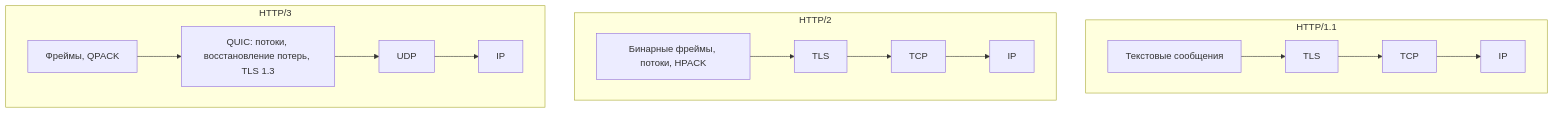
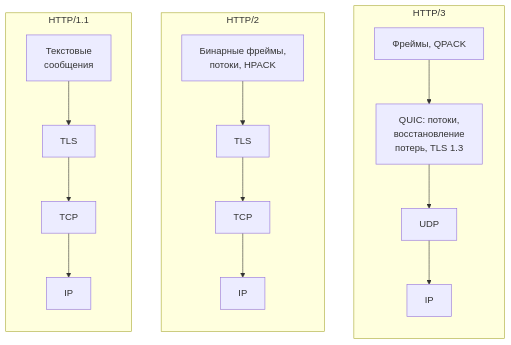
Before and after one commit to butyavk/system-design: the second of 2 diagrams in src/content/docs/ru/communication/http.mdx, drawn with Mermaid. The commit also changed other lines of this file and 144 other files, not shown here.

````diff
--- a/src/content/docs/ru/communication/http.mdx
+++ b/src/content/docs/ru/communication/http.mdx
@@ -143,12 +143,15 @@
 ```mermaid
 flowchart TB
-  subgraph v1["HTTP/1.1"]
-    a1["Текстовые сообщения"] --> a2["TLS"] --> a3["TCP"] --> a4["IP"]
+  subgraph v3["HTTP/3"]
+    direction TB
+    c1["Фреймы, QPACK"] --> c2["QUIC: потоки,<br/>восстановление<br/>потерь, TLS 1.3"] --> c3["UDP"] --> c4["IP"]
   end
   subgraph v2["HTTP/2"]
-    b1["Бинарные фреймы, потоки, HPACK"] --> b2["TLS"] --> b3["TCP"] --> b4["IP"]
+    direction TB
+    b1["Бинарные фреймы,<br/>потоки, HPACK"] --> b2["TLS"] --> b3["TCP"] --> b4["IP"]
   end
-  subgraph v3["HTTP/3"]
-    c1["Фреймы, QPACK"] --> c2["QUIC: потоки, восстановление потерь, TLS 1.3"] --> c3["UDP"] --> c4["IP"]
+  subgraph v1["HTTP/1.1"]
+    direction TB
+    a1["Текстовые<br/>сообщения"] --> a2["TLS"] --> a3["TCP"] --> a4["IP"]
   end
 ```
````
